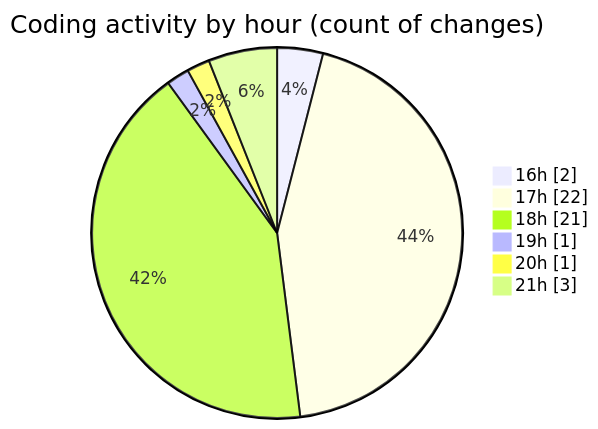
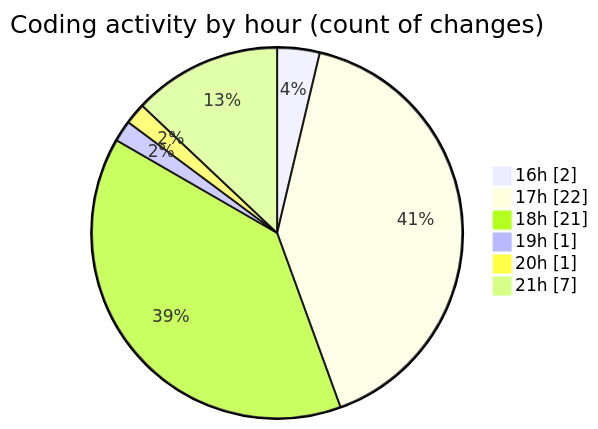
One commit to Elitesun/code-tracking changed the second of 2 diagrams in 2025-01-24/react/README.md. Above: the diagram before and after it, drawn with Mermaid. The commit also changed other lines of this file and 1 other file, not shown here.

````diff
--- a/2025-01-24/react/README.md
+++ b/2025-01-24/react/README.md
@@ -39,10 +39,10 @@
 ```mermaid
 pie showData
 title Coding activity by hour (count of changes)
 "16h" : 2
 "17h" : 22
 "18h" : 21
 "19h" : 1
 "20h" : 1
-"21h" : 3
+"21h" : 7
 ```
````
